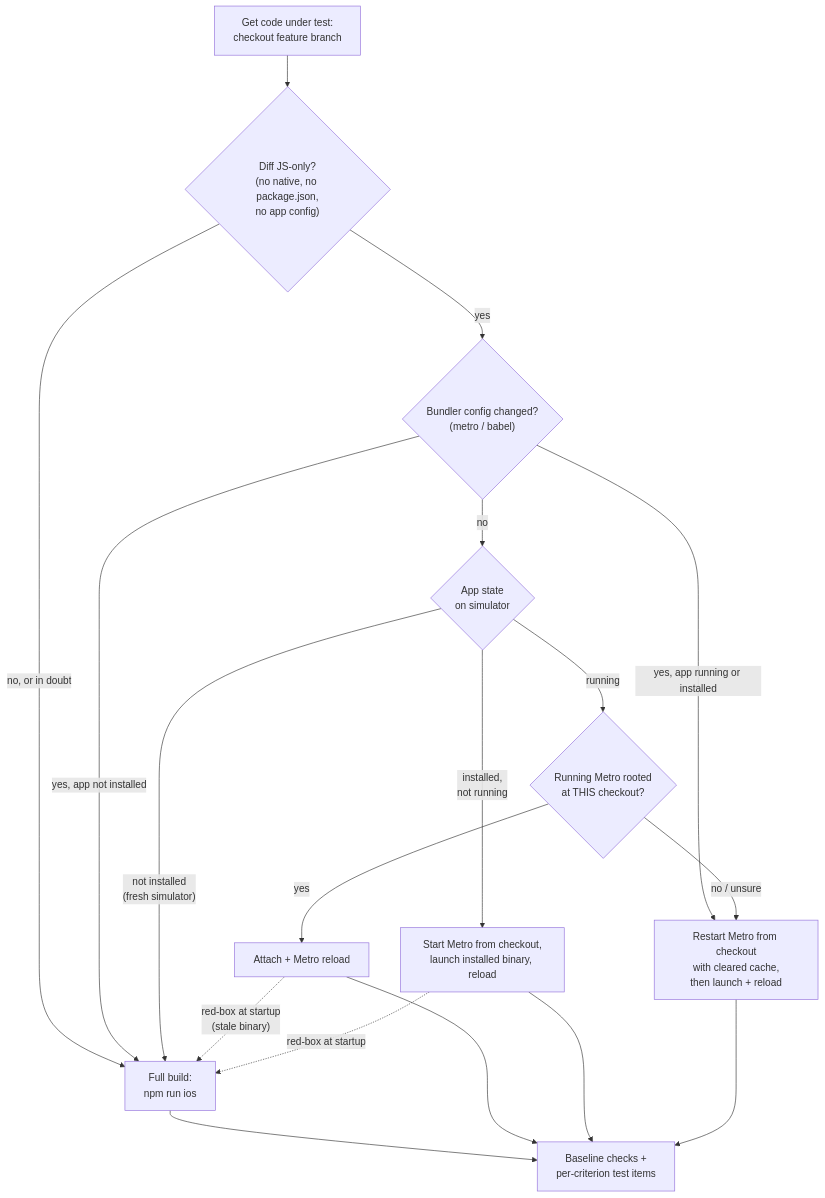
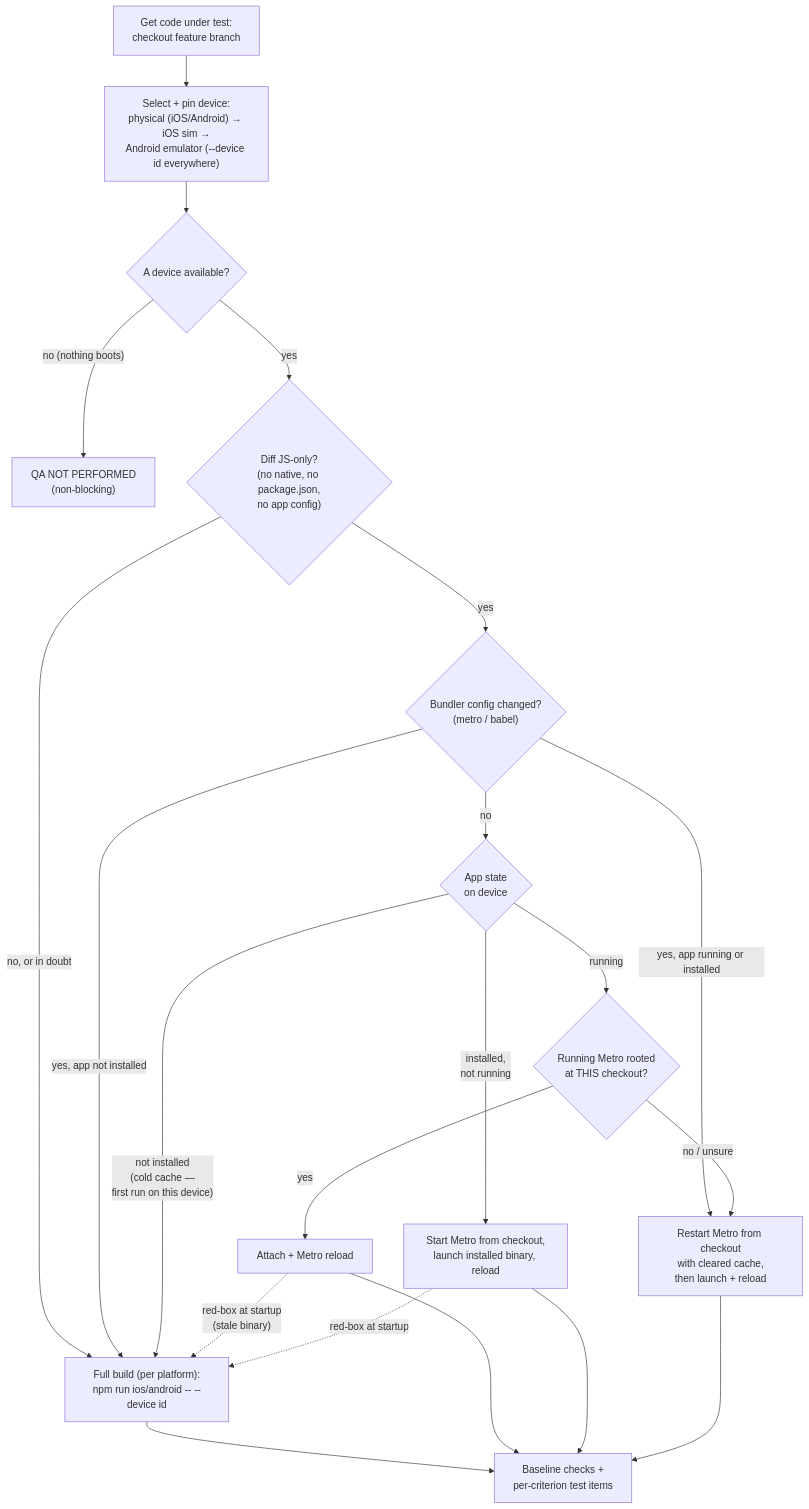
One commit to timothyrusso/ai-travel-planner-app changed the second of 2 diagrams in wiki/docs/AGENTIC_WORKFLOW.md. Above: the diagram before and after it, drawn with Mermaid. The commit also changed other lines of this file and 3 other files, not shown here.

First line of the commit message:
[Feature]: Add device-selection precedence to the qa-engineer (physical-first, reuse booted, pin device) (#428)

````diff
--- a/wiki/docs/AGENTIC_WORKFLOW.md
+++ b/wiki/docs/AGENTIC_WORKFLOW.md
@@ -193,20 +200,23 @@
 ```mermaid
 flowchart TD
-    START["Get code under test:<br/>checkout feature branch"] --> JS{"Diff JS-only?<br/>(no native, no package.json,<br/>no app config)"}
-    JS -->|"no, or in doubt"| FULL["Full build:<br/>npm run ios"]
+    START["Get code under test:<br/>checkout feature branch"] --> SELECT["Select + pin device:<br/>physical (iOS/Android) → iOS sim →<br/>Android emulator (--device id everywhere)"]
+    SELECT --> AVAIL{"A device available?"}
+    AVAIL -->|"no (nothing boots)"| NOTPERF["QA NOT PERFORMED<br/>(non-blocking)"]
+    AVAIL -->|"yes"| JS{"Diff JS-only?<br/>(no native, no package.json,<br/>no app config)"}
+    JS -->|"no, or in doubt"| FULL["Full build (per platform):<br/>npm run ios/android -- --device id"]
     JS -->|"yes"| BC{"Bundler config changed?<br/>(metro / babel)"}
     BC -->|"yes, app running or installed"| RESTART["Restart Metro from checkout<br/>with cleared cache,<br/>then launch + reload"]
     BC -->|"yes, app not installed"| FULL
-    BC -->|"no"| STATE{"App state<br/>on simulator"}
+    BC -->|"no"| STATE{"App state<br/>on device"}
     STATE -->|"running"| ROOT{"Running Metro rooted<br/>at THIS checkout?"}
     ROOT -->|"yes"| ATTACH["Attach + Metro reload"]
     ROOT -->|"no / unsure"| RESTART
     STATE -->|"installed,<br/>not running"| LAUNCH["Start Metro from checkout,<br/>launch installed binary, reload"]
-    STATE -->|"not installed<br/>(fresh simulator)"| FULL
+    STATE -->|"not installed<br/>(cold cache —<br/>first run on this device)"| FULL
     FULL --> TEST["Baseline checks +<br/>per-criterion test items"]
     ATTACH --> TEST
     LAUNCH --> TEST
     RESTART --> TEST
     ATTACH -.->|"red-box at startup<br/>(stale binary)"| FULL
     LAUNCH -.->|"red-box at startup"| FULL
 ```
````
